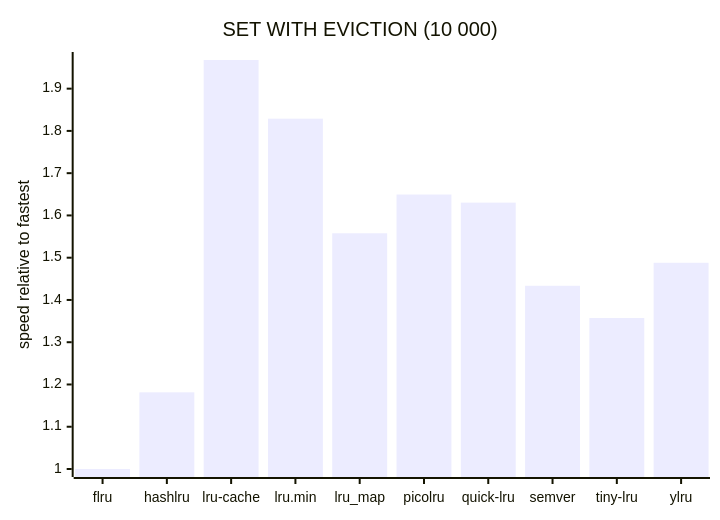
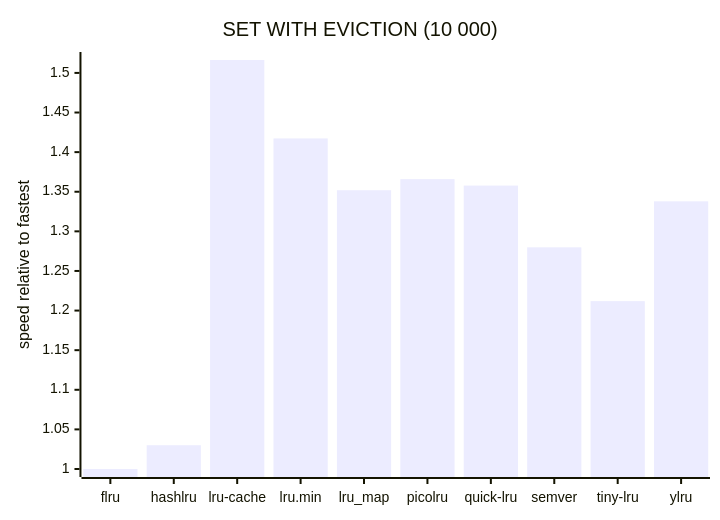
Diagram 11 of 11 in README.md (beeequeue/bench-lru), drawn with Mermaid before and after one commit. The commit also changed other lines of this file, not shown here.

````diff
--- a/README.md
+++ b/README.md
@@ -137,7 +137,7 @@
 ```mermaid
 xychart-beta
   title "SET WITH EVICTION (10 000)"
   x-axis ["flru", "hashlru", "lru-cache", "lru.min", "lru_map", "picolru", "quick-lru", "semver", "tiny-lru", "ylru"]
-  y-axis "speed relative to fastest" 1 --> 1.9678
-  bar [1, 1.1814, 1.9678, 1.829, 1.5578, 1.6495, 1.6303, 1.4336, 1.3573, 1.488]
+  y-axis "speed relative to fastest" 1 --> 1.5163
+  bar [1, 1.03, 1.5163, 1.4173, 1.3519, 1.3659, 1.3578, 1.2798, 1.2119, 1.3379]
 ```
````
